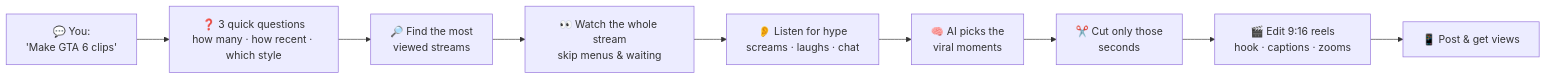
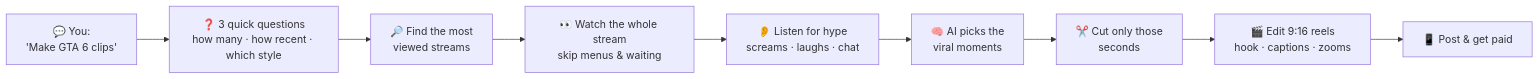
Before and after one commit to beyondtahir/beyondgtaclips: the diagram in README.md, drawn with Mermaid. The commit also changed other lines of this file, not shown here.

````diff
--- a/README.md
+++ b/README.md
@@ -66,11 +127,11 @@
 ```mermaid
 flowchart LR
     A["💬 You:<br/>'Make GTA 6 clips'"] --> B["❓ 3 quick questions<br/>how many · how recent · which style"]
     B --> C["🔎 Find the most<br/>viewed streams"]
     C --> D["👀 Watch the whole stream<br/>skip menus & waiting"]
     D --> E["👂 Listen for hype<br/>screams · laughs · chat"]
     E --> F["🧠 AI picks the<br/>viral moments"]
     F --> G["✂️ Cut only those<br/>seconds"]
     G --> H["🎬 Edit 9:16 reels<br/>hook · captions · zooms"]
-    H --> I["📱 Post & get views"]
+    H --> I["📱 Post & get paid"]
 ```
````
